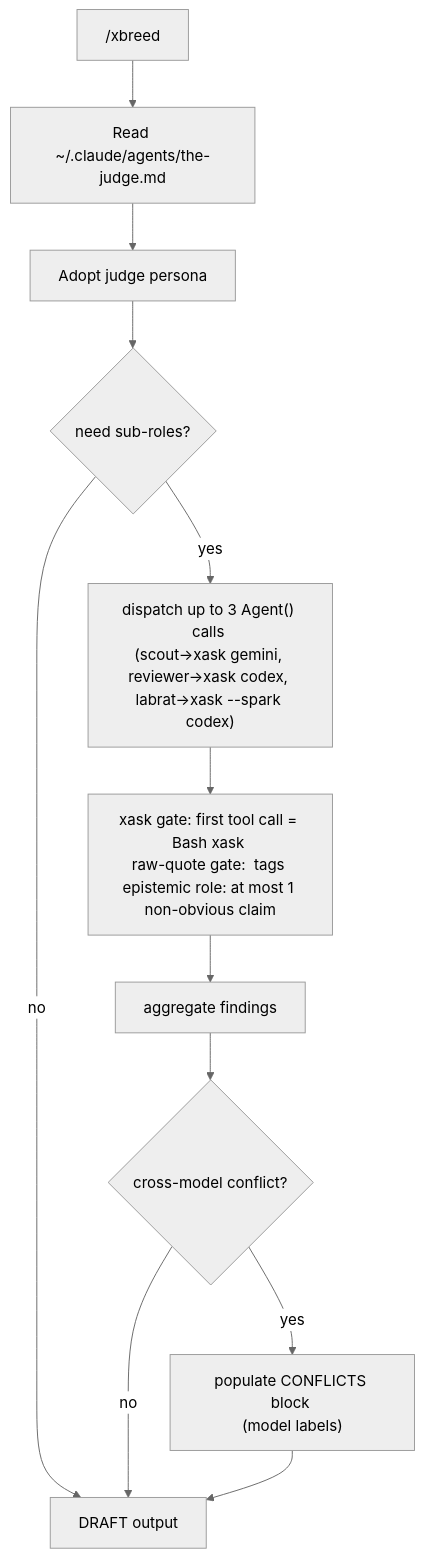
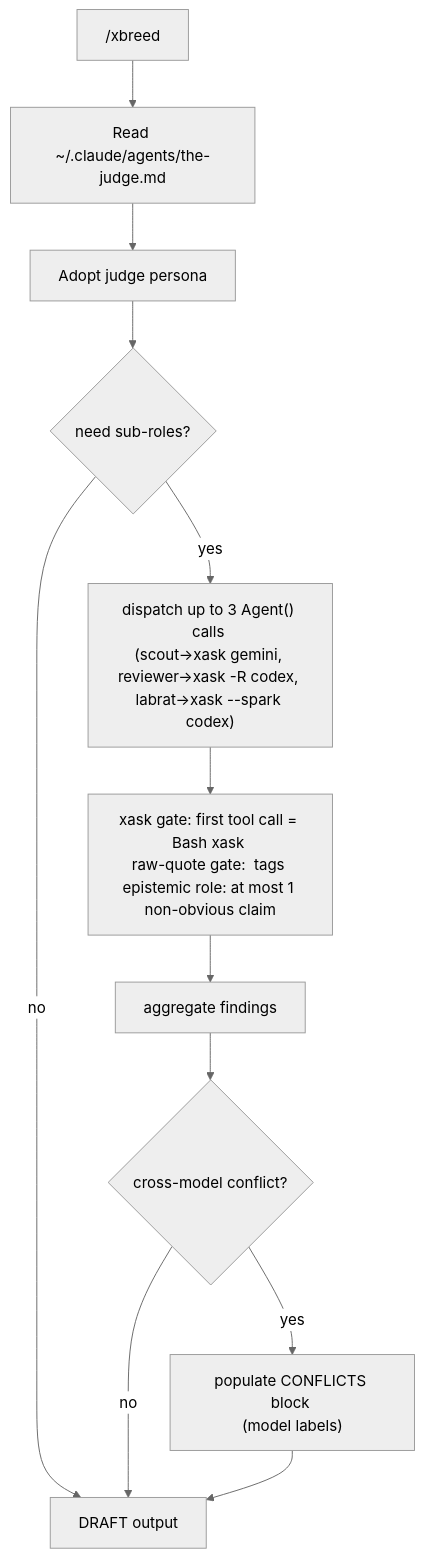
One commit to VeigaPunk/xbrd-gdsp-fknpft changed the seventh of 11 diagrams in docs/command-flows.md. Above: the diagram before and after it, drawn with Mermaid (neutral theme). The commit also changed other lines of this file and 6 other files, not shown here.

First line of the commit message:
feat(routing+docs): sonnet-medium pivot + godspeed purity + command-flows sync

````diff
--- a/docs/command-flows.md
+++ b/docs/command-flows.md
@@ -169,14 +188,14 @@
 ```mermaid
 flowchart TD
     A["/xbreed <prompt>"] --> B["Read ~/.claude/agents/the-judge.md"]
     B --> C[Adopt judge persona]
     C --> E{need sub-roles?}
-    E -->|yes| F["dispatch up to 3 Agent() calls \n(scout→xask gemini, reviewer→xask codex, labrat→xask --spark codex)"]
+    E -->|yes| F["dispatch up to 3 Agent() calls \n(scout→xask gemini, reviewer→xask -R codex, labrat→xask --spark codex)"]
     E -->|no| G[DRAFT output]
     F --> H["xask gate: first tool call = Bash xask \nraw-quote gate: <raw_output> tags \nepistemic role: at most 1 non-obvious claim"]
     H --> I[aggregate findings]
     I --> J{"cross-model conflict?"}
     J -->|yes| K["populate CONFLICTS block \n(model labels)"]
     J -->|no| G
     K --> G
 ```
````
